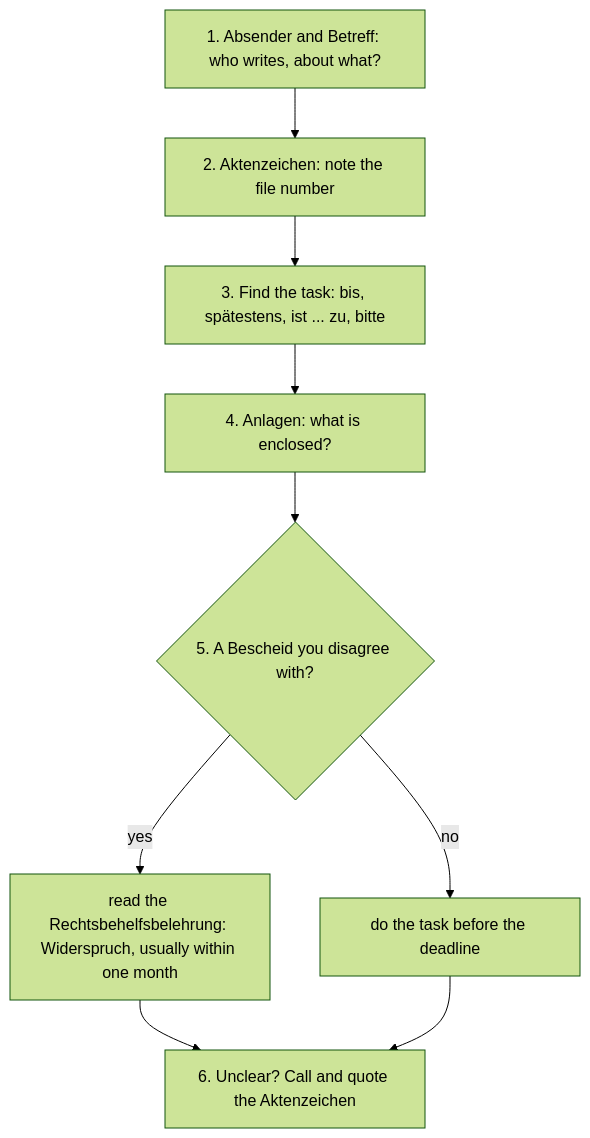
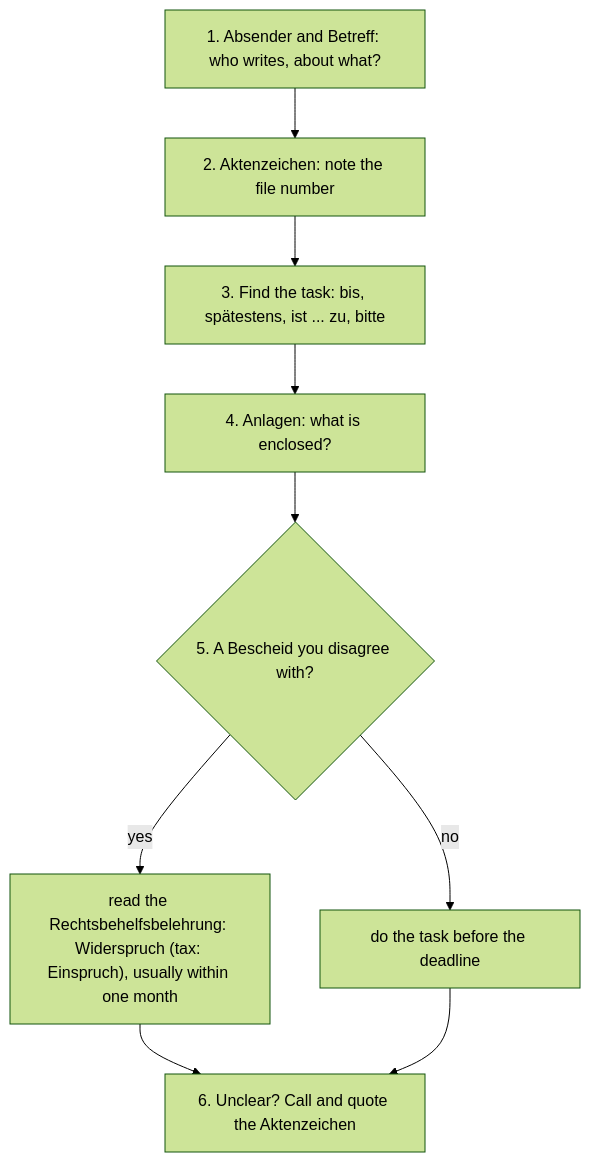
One commit to Aziliz/erudior changed the diagram in content/languages/german-a2/lessons/20h3-official-letters.md. Above: the diagram before and after it, drawn with Mermaid (forest theme). The commit also changed other lines of this file and 11 other files, not shown here.

````diff
--- a/content/languages/german-a2/lessons/20h3-official-letters.md
+++ b/content/languages/german-a2/lessons/20h3-official-letters.md
@@ -47,13 +47,13 @@
 ```mermaid
 flowchart TD
   accTitle: How to read an official letter
-  accDescr: First read the sender and the subject line to see who writes and what about. Then note the file number. Next, search the text for a date, the words bis or spätestens, and a sentence with ist ... zu plus an infinitive or bitte: that is what you must do and by when. Then check the enclosures. If the letter is a Bescheid you disagree with, read the Rechtsbehelfsbelehrung at the end to find out how and by when to object. If anything is unclear, call the Sachbearbeiter and quote the file number.
+  accDescr: First read the sender and the subject line to see who writes and what about. Then note the file number. Next, search the text for a date, the words bis or spätestens, and a sentence with ist ... zu plus an infinitive or bitte: that is what you must do and by when. Then check the enclosures. If the letter is a Bescheid you disagree with, read the Rechtsbehelfsbelehrung at the end to find out how and by when to object (a Widerspruch, or an Einspruch for tax decisions). If anything is unclear, call the Sachbearbeiter and quote the file number.
   A["1. Absender and Betreff: who writes, about what?"] --> B["2. Aktenzeichen: note the file number"]
   B --> C["3. Find the task: bis, spätestens, ist ... zu, bitte"]
   C --> D["4. Anlagen: what is enclosed?"]
   D --> E{"5. A Bescheid you disagree with?"}
-  E -- "yes" --> F["read the Rechtsbehelfsbelehrung: Widerspruch, usually within one month"]
+  E -- "yes" --> F["read the Rechtsbehelfsbelehrung: Widerspruch (tax: Einspruch), usually within one month"]
   E -- "no" --> G["do the task before the deadline"]
   F --> H["6. Unclear? Call and quote the Aktenzeichen"]
   G --> H
 ```
````
